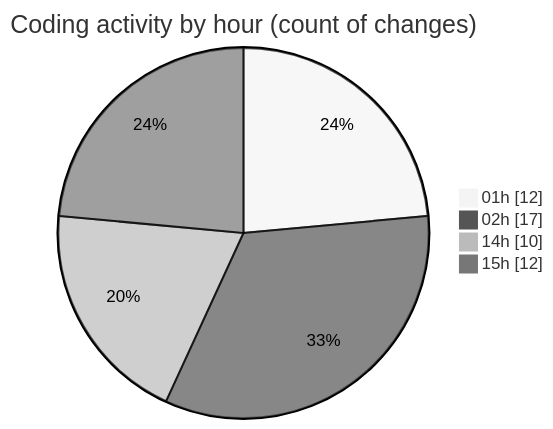
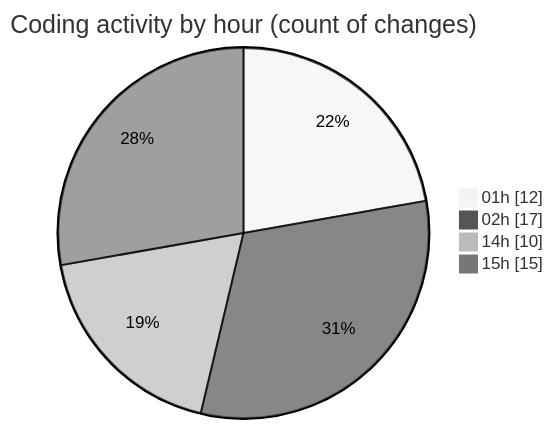
One commit to julien-gomy/code-tracking changed the second of 2 diagrams in 2025-11-16/eventscop-frontend-guide__workspace_/README.md. Above: the diagram before and after it, drawn with Mermaid (neutral theme). The commit also changed other lines of this file and 1 other file, not shown here.

````diff
--- a/2025-11-16/eventscop-frontend-guide__workspace_/README.md
+++ b/2025-11-16/eventscop-frontend-guide__workspace_/README.md
@@ -43,8 +44,8 @@
 ```mermaid
 pie showData
 title Coding activity by hour (count of changes)
 "01h" : 12
 "02h" : 17
 "14h" : 10
-"15h" : 12
+"15h" : 15
 ```
````
